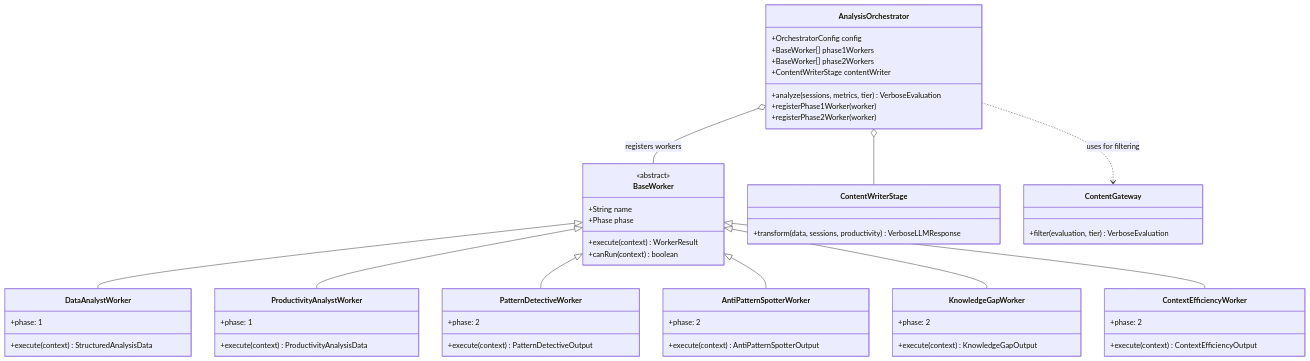
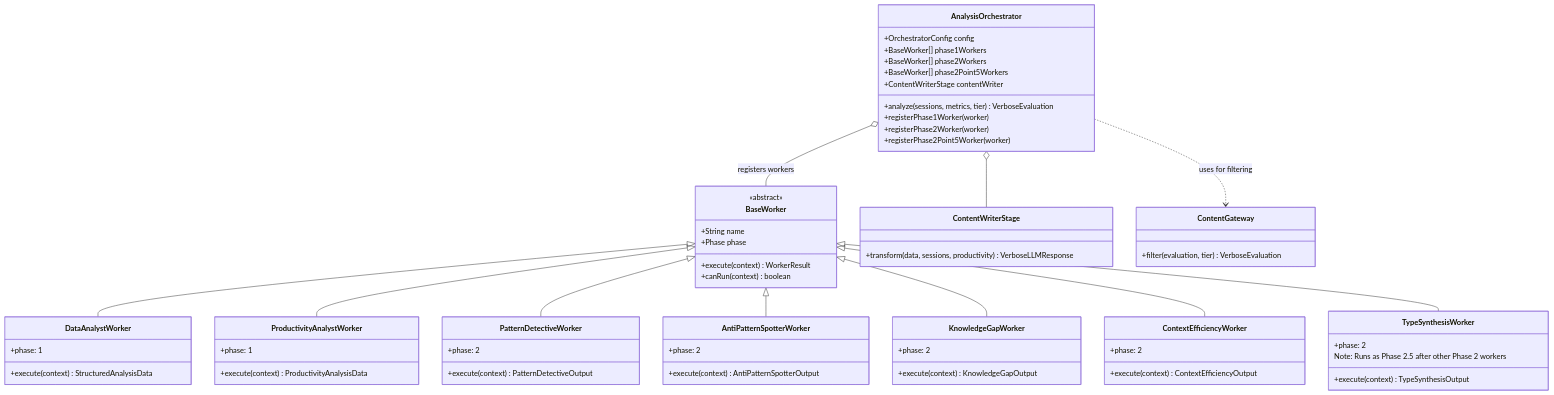
One commit to onlycastle/BetterPrompt changed the diagram in docs/NEW_LLM_DIAGRAM.md. Above: the diagram before and after it, drawn with Mermaid. The commit also changed other lines of this file and 2 other files, not shown here.

First line of the commit message:
docs: update architecture docs for teaser strategy and 15-matrix

````diff
--- a/docs/NEW_LLM_DIAGRAM.md
+++ b/docs/NEW_LLM_DIAGRAM.md
@@ -10,70 +12,79 @@
 ```mermaid
 classDiagram
     class AnalysisOrchestrator {
         +OrchestratorConfig config
         +BaseWorker[] phase1Workers
         +BaseWorker[] phase2Workers
+        +BaseWorker[] phase2Point5Workers
         +ContentWriterStage contentWriter
         +analyze(sessions, metrics, tier) VerboseEvaluation
         +registerPhase1Worker(worker)
         +registerPhase2Worker(worker)
+        +registerPhase2Point5Worker(worker)
     }
 
     class BaseWorker {
         <<abstract>>
         +String name
         +Phase phase
         +execute(context) WorkerResult
         +canRun(context) boolean
     }
 
     class DataAnalystWorker {
         +phase: 1
         +execute(context) StructuredAnalysisData
     }
 
     class ProductivityAnalystWorker {
         +phase: 1
         +execute(context) ProductivityAnalysisData
     }
 
     class PatternDetectiveWorker {
         +phase: 2
         +execute(context) PatternDetectiveOutput
     }
 
     class AntiPatternSpotterWorker {
         +phase: 2
         +execute(context) AntiPatternSpotterOutput
     }
 
     class KnowledgeGapWorker {
         +phase: 2
         +execute(context) KnowledgeGapOutput
     }
 
     class ContextEfficiencyWorker {
         +phase: 2
         +execute(context) ContextEfficiencyOutput
     }
 
+    class TypeSynthesisWorker {
+        +phase: 2
+        +execute(context) TypeSynthesisOutput
+        Note: Runs as Phase 2.5 after other Phase 2 workers
+    }
+
     class ContentWriterStage {
         +transform(data, sessions, productivity) VerboseLLMResponse
     }
 
     class ContentGateway {
         +filter(evaluation, tier) VerboseEvaluation
     }
 
     %% Relationships
     AnalysisOrchestrator o-- BaseWorker : registers workers
     BaseWorker <|-- DataAnalystWorker
     BaseWorker <|-- ProductivityAnalystWorker
     BaseWorker <|-- PatternDetectiveWorker
     BaseWorker <|-- AntiPatternSpotterWorker
     BaseWorker <|-- KnowledgeGapWorker
     BaseWorker <|-- ContextEfficiencyWorker
+    BaseWorker <|-- TypeSynthesisWorker
 
     AnalysisOrchestrator o-- ContentWriterStage
     AnalysisOrchestrator ..> ContentGateway : uses for filtering
 ```
````
